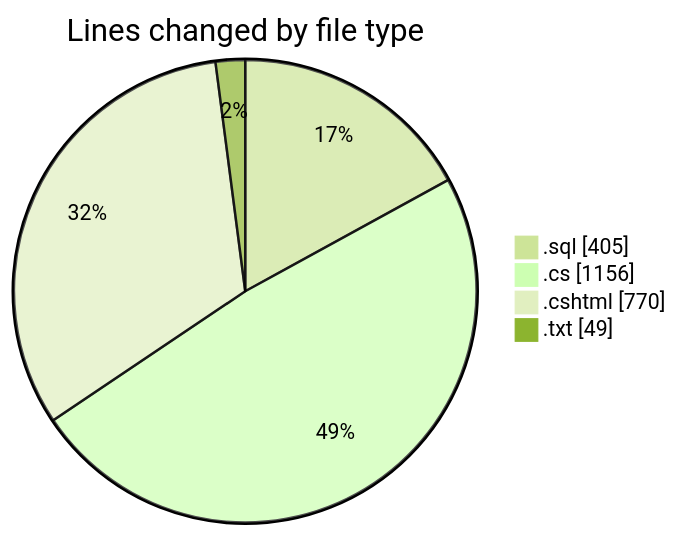
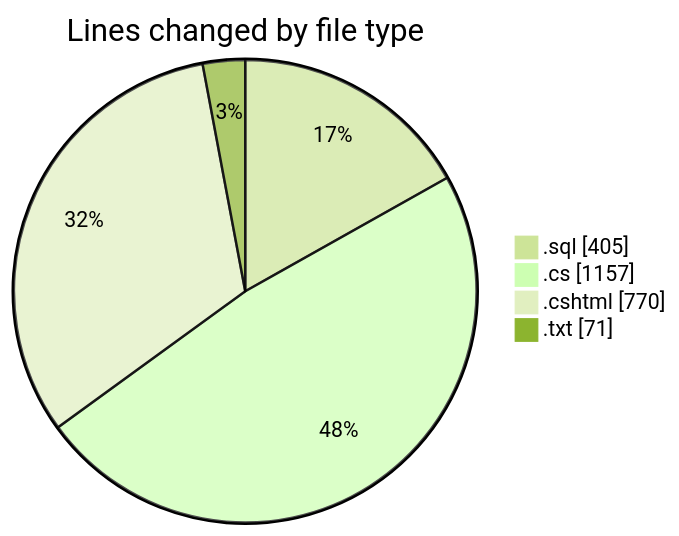
Before and after one commit to lephambinh05/code-tracking: the first of 2 diagrams in 2025-07-23/quanlyrapchieuphim/README.md, drawn with Mermaid (forest theme). The commit also changed other lines of this file and 1 other file, not shown here.

````diff
--- a/2025-07-23/quanlyrapchieuphim/README.md
+++ b/2025-07-23/quanlyrapchieuphim/README.md
@@ -27,8 +27,8 @@
 ```mermaid
 pie showData
 title Lines changed by file type
 ".sql" : 405
-".cs" : 1156
+".cs" : 1157
 ".cshtml" : 770
-".txt" : 49
+".txt" : 71
 ```
````
